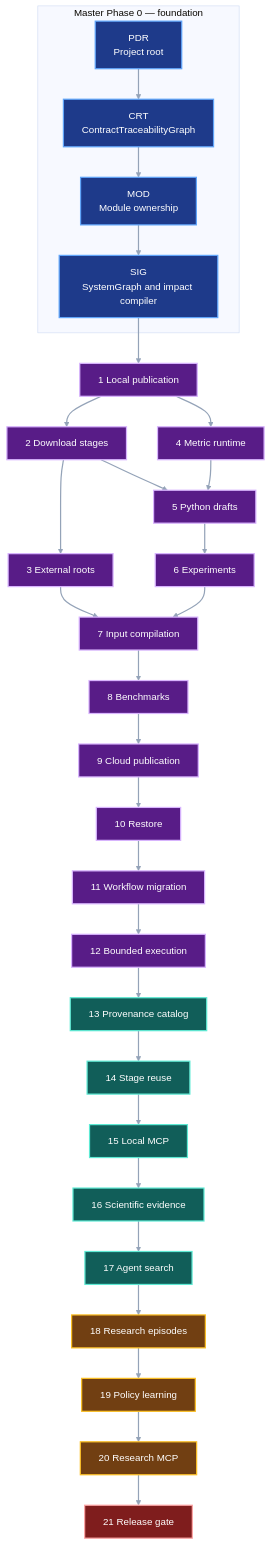
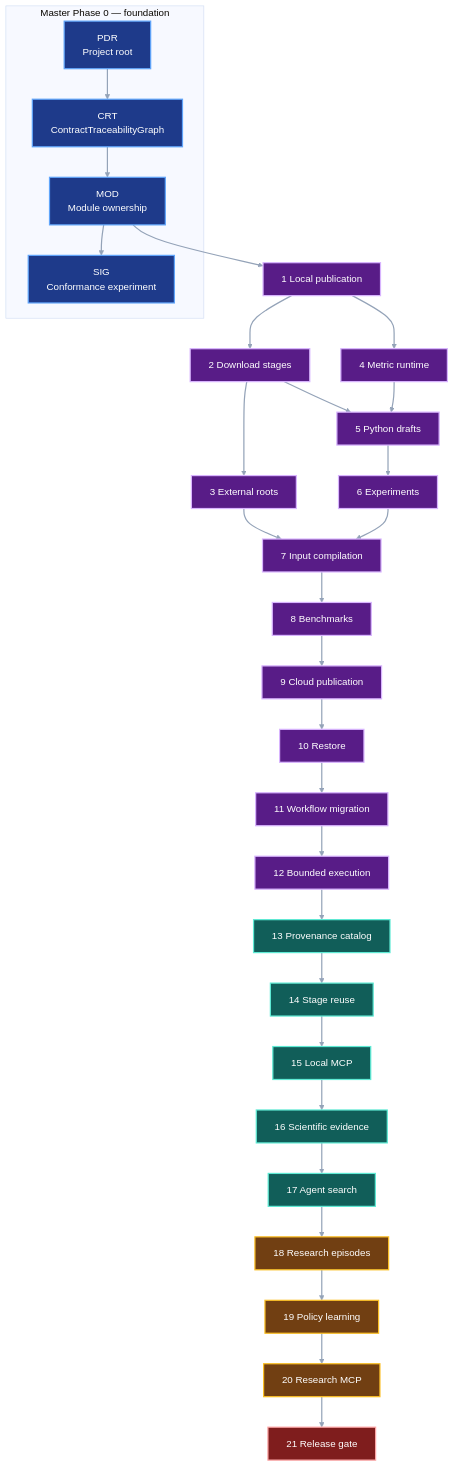
The second of 2 diagrams in docs/development/master-execution-checklist.md (pvd232/viper), drawn with Mermaid (base theme) before and after one commit. The commit also changed other lines of this file and 7 other files, not shown here.

Commit message:
Narrow System Impact to conformance experiment

````diff
--- a/docs/development/master-execution-checklist.md
+++ b/docs/development/master-execution-checklist.md
@@ -518,44 +512,44 @@
 ```mermaid
 flowchart TB
     subgraph Phase0["Master Phase 0 — foundation"]
         PDR["PDR<br/>Project root"] --> CRT["CRT<br/>ContractTraceabilityGraph"]
         CRT --> MOD["MOD<br/>Module ownership"]
-        MOD --> SIG["SIG<br/>SystemGraph and impact compiler"]
+        MOD --> SIG["SIG<br/>Conformance experiment"]
     end
 
-    SIG --> P1["1 Local publication"]
+    MOD --> P1["1 Local publication"]
     P1 --> P2["2 Download stages"]
     P2 --> P3["3 External roots"]
     P1 --> P4["4 Metric runtime"]
     P2 --> P5["5 Python drafts"]
     P4 --> P5
     P5 --> P6["6 Experiments"]
     P3 --> P7["7 Input compilation"]
     P6 --> P7
     P7 --> P8["8 Benchmarks"]
     P8 --> P9["9 Cloud publication"]
     P9 --> P10["10 Restore"]
     P10 --> P11["11 Workflow migration"]
     P11 --> P12["12 Bounded execution"]
     P12 --> P13["13 Provenance catalog"]
     P13 --> P14["14 Stage reuse"]
     P14 --> P15["15 Local MCP"]
     P15 --> P16["16 Scientific evidence"]
     P16 --> P17["17 Agent search"]
     P17 --> P18["18 Research episodes"]
     P18 --> P19["19 Policy learning"]
     P19 --> P20["20 Research MCP"]
     P20 --> P21["21 Release gate"]
 
     class PDR,CRT,MOD,SIG foundation
     class P1,P2,P3,P4,P5,P6,P7,P8,P9,P10,P11,P12 implementation
     class P13,P14,P15,P16,P17 evidence
     class P18,P19,P20 research
     class P21 release
     classDef foundation fill:#1e3a8a,stroke:#60a5fa,color:#ffffff,stroke-width:2px
     classDef implementation fill:#581c87,stroke:#d8b4fe,color:#ffffff,stroke-width:2px
     classDef evidence fill:#115e59,stroke:#5eead4,color:#ffffff,stroke-width:2px
     classDef research fill:#713f12,stroke:#fbbf24,color:#ffffff,stroke-width:2px
     classDef release fill:#7f1d1d,stroke:#fca5a5,color:#ffffff,stroke-width:2px
     linkStyle default stroke:#94a3b8,stroke-width:2px
 ```
````
